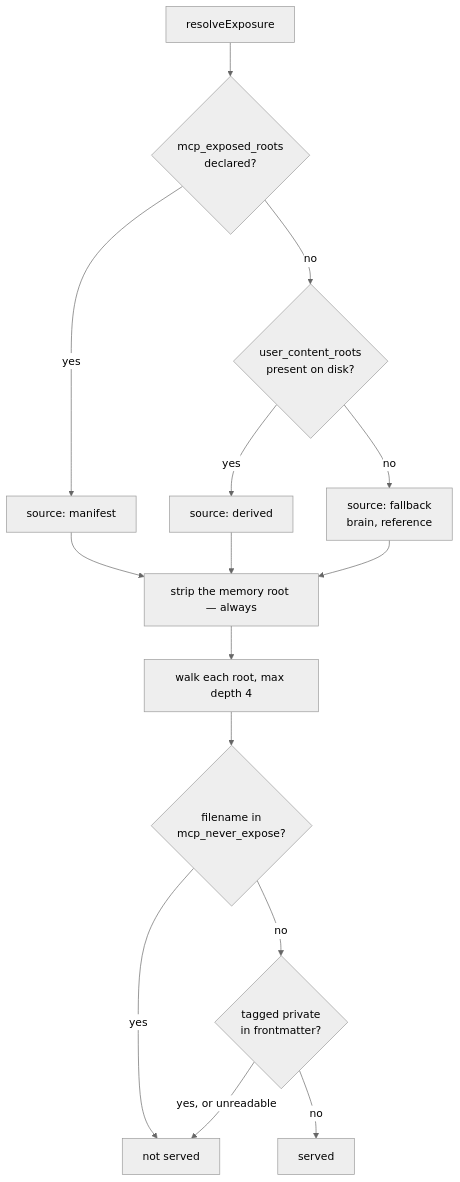
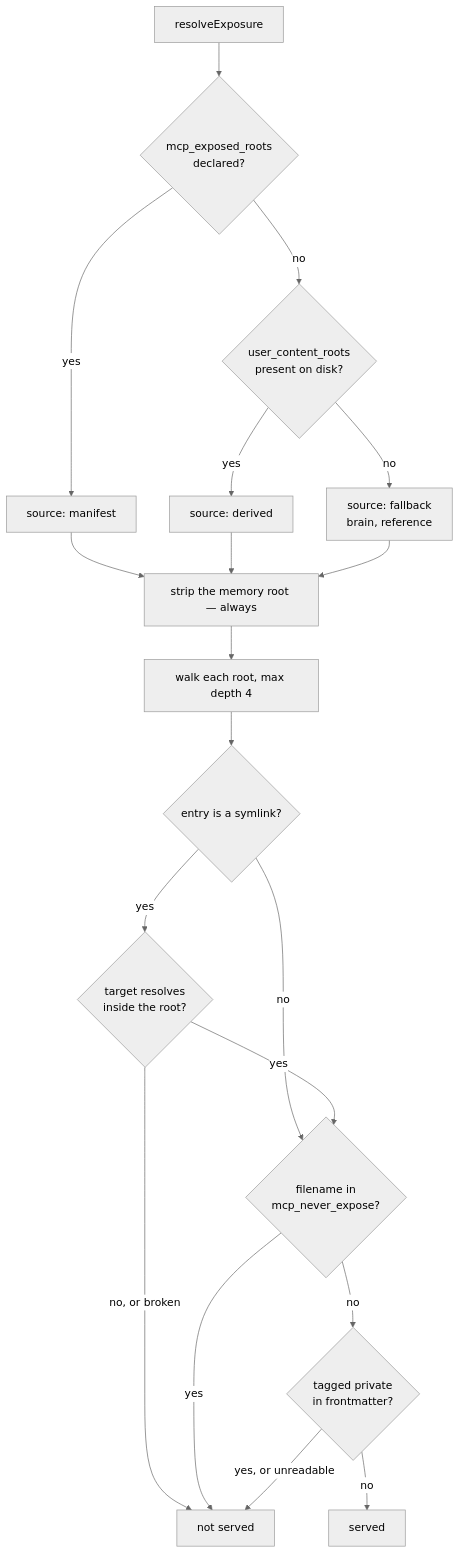
One commit to breferrari/obsidian-mind changed the tenth of 18 diagrams in ARCHITECTURE.md. Above: the diagram before and after it, drawn with Mermaid (neutral theme). The commit also changed other lines of this file and 3 other files, not shown here.

````diff
--- a/ARCHITECTURE.md
+++ b/ARCHITECTURE.md
@@ -471,17 +471,21 @@
 ```mermaid
 flowchart TB
     Start["resolveExposure"] --> A{"mcp_exposed_roots<br/>declared?"}
     A -->|yes| Man["source: manifest"]
     A -->|no| B{"user_content_roots<br/>present on disk?"}
     B -->|yes| Der["source: derived"]
     B -->|no| Fall["source: fallback<br/>brain, reference"]
     Man --> Strip["strip the memory root — always"]
     Der --> Strip
     Fall --> Strip
     Strip --> Walk["walk each root, max depth 4"]
-    Walk --> C{"filename in<br/>mcp_never_expose?"}
-    C -->|yes| Drop["not served"]
+    Walk --> S{"entry is a symlink?"}
+    S -->|no| C{"filename in<br/>mcp_never_expose?"}
+    S -->|yes| Cont{"target resolves<br/>inside the root?"}
+    Cont -->|"no, or broken"| Drop["not served"]
+    Cont -->|yes| C
+    C -->|yes| Drop
     C -->|no| E{"tagged private<br/>in frontmatter?"}
     E -->|"yes, or unreadable"| Drop
     E -->|no| Serve["served"]
 ```
````
